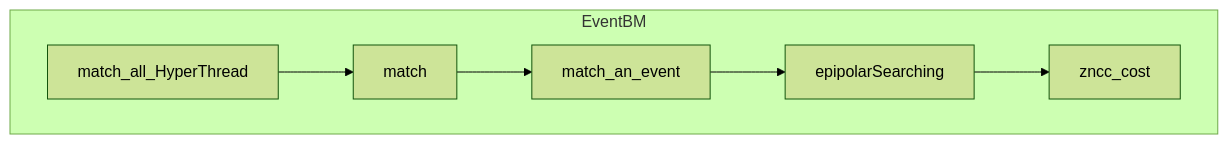
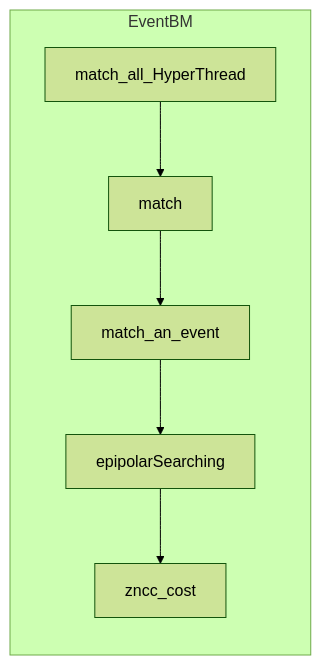
Before and after one commit to 2c984r83y/2c984r83y.github.io: the second of 3 diagrams in _posts/2023-10-17-ESVO.md, drawn with Mermaid (forest theme). The commit also changed other lines of this file, not shown here.

````diff
--- a/_posts/2023-10-17-ESVO.md
+++ b/_posts/2023-10-17-ESVO.md
@@ -265,11 +420,11 @@
 ```mermaid
-graph 
+graph LR
 subgraph EventBM
   A[match_all_HyperThread]  
   B[match] 
   C[match_an_event] 
   D[epipolarSearching]
   E[zncc_cost]
   A --> B --> C --> D --> E
 end
 ```
````
